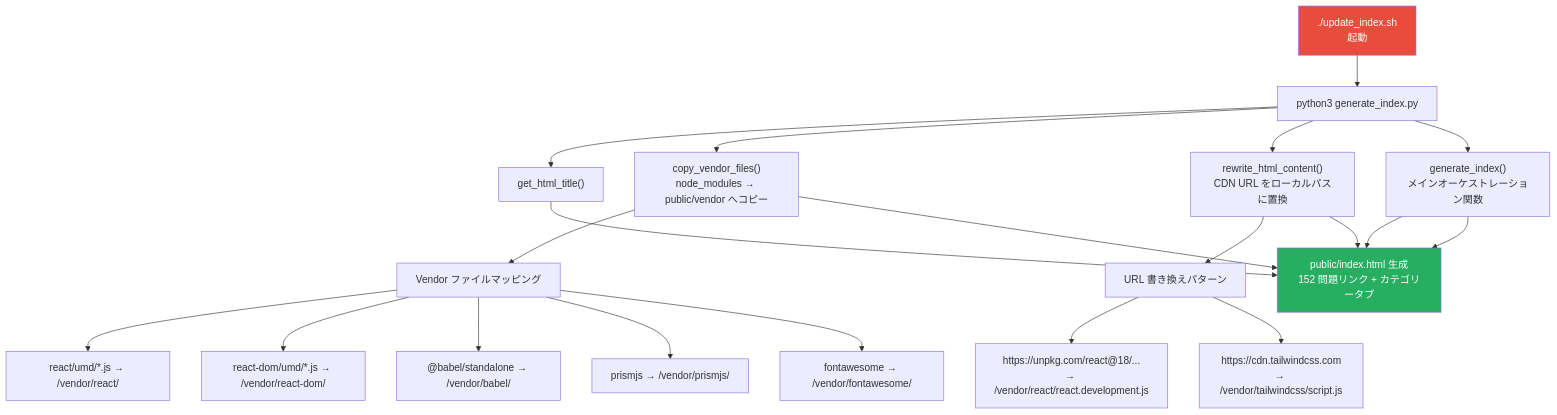
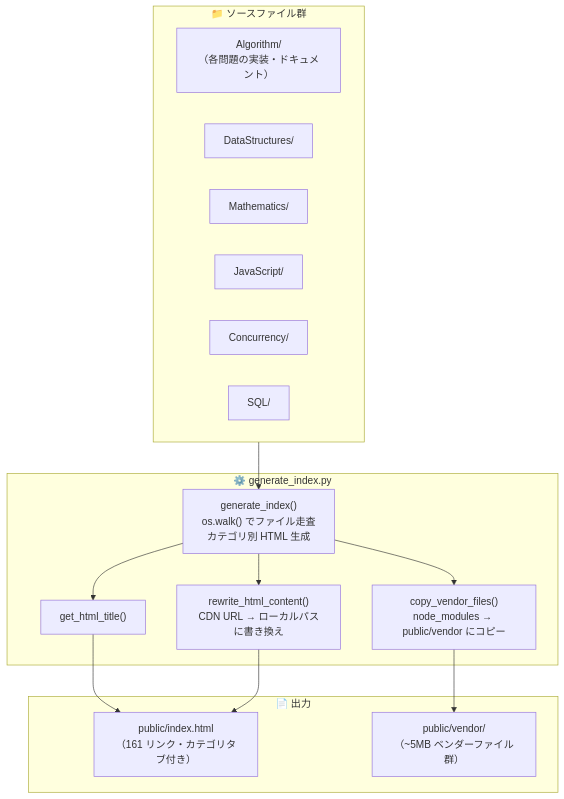
The fifth of 8 diagrams in README.md (myoshi2891/Algorithm-DataStructures-Math-SQL), drawn with Mermaid before and after one commit. The commit also changed other lines of this file, not shown here.

````diff
--- a/README.md
+++ b/README.md
@@ -319,27 +221,31 @@
 ```mermaid
 flowchart TD
-    START["./update_index.sh<br>起動"] --> PY["python3 generate_index.py"]
+    subgraph SOURCE["📁 ソースファイル群"]
+        ALGO["Algorithm/<br>（各問題の実装・ドキュメント）"]
+        DS["DataStructures/"]
+        MATH["Mathematics/"]
+        JS_DIR["JavaScript/"]
+        CONC["Concurrency/"]
+        SQL_DIR["SQL/"]
+    end
 
-    PY --> FUNC1["get_html_title()<br><title>タグを正規表現で抽出"]
-    PY --> FUNC2["copy_vendor_files()<br>node_modules → public/vendor へコピー"]
-    PY --> FUNC3["rewrite_html_content()<br>CDN URL をローカルパスに置換"]
-    PY --> FUNC4["generate_index()<br>メインオーケストレーション関数"]
+    subgraph SCRIPT["⚙️ generate_index.py"]
+        F1["get_html_title()<br><title> タグを正規表現で抽出"]
+        F2["copy_vendor_files()<br>node_modules → public/vendor にコピー"]
+        F3["rewrite_html_content()<br>CDN URL → ローカルパスに書き換え"]
+        F4["generate_index()<br>os.walk() でファイル走査<br>カテゴリ別 HTML 生成"]
+    end
 
-    FUNC2 --> VENDOR["Vendor ファイルマッピング"]
-    VENDOR --> V1["react/umd/*.js → /vendor/react/"]
-    VENDOR --> V2["react-dom/umd/*.js → /vendor/react-dom/"]
-    VENDOR --> V3["@babel/standalone → /vendor/babel/"]
-    VENDOR --> V4["prismjs → /vendor/prismjs/"]
-    VENDOR --> V5["fontawesome → /vendor/fontawesome/"]
+    subgraph OUTPUT["📄 出力"]
+        INDEX["public/index.html<br>（161 リンク・カテゴリタブ付き）"]
+        VENDOR["public/vendor/<br>（~5MB ベンダーファイル群）"]
+    end
 
-    FUNC3 --> REWRITE["URL 書き換えパターン"]
-    REWRITE --> R1["https://unpkg.com/react@18/...<br>→ /vendor/react/react.development.js"]
-    REWRITE --> R2["https://cdn.tailwindcss.com<br>→ /vendor/tailwindcss/script.js"]
-
-    FUNC4 --> INDEX["public/index.html 生成<br>152 問題リンク + カテゴリータブ"]
-
-    FUNC1 & FUNC2 & FUNC3 & FUNC4 --> INDEX
-
-    style START fill:#E74C3C,color:#fff
-    style INDEX fill:#27AE60,color:#fff
+    SOURCE --> F4
+    F4 --> F1
+    F4 --> F2
+    F4 --> F3
+    F1 --> INDEX
+    F2 --> VENDOR
+    F3 --> INDEX
 ```
````
